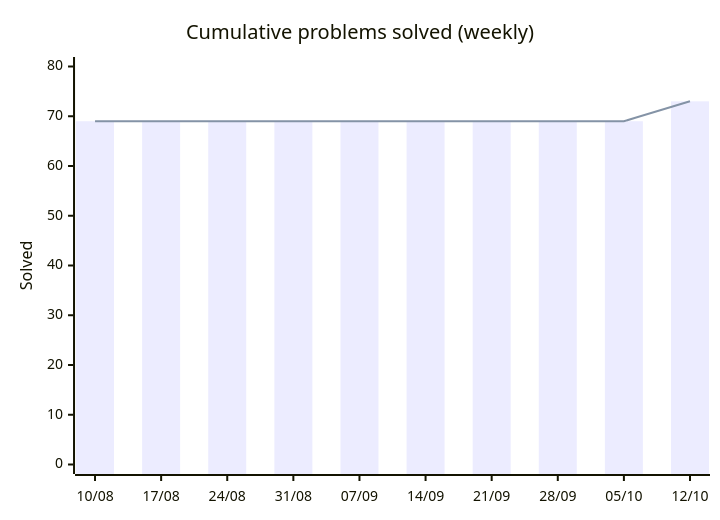
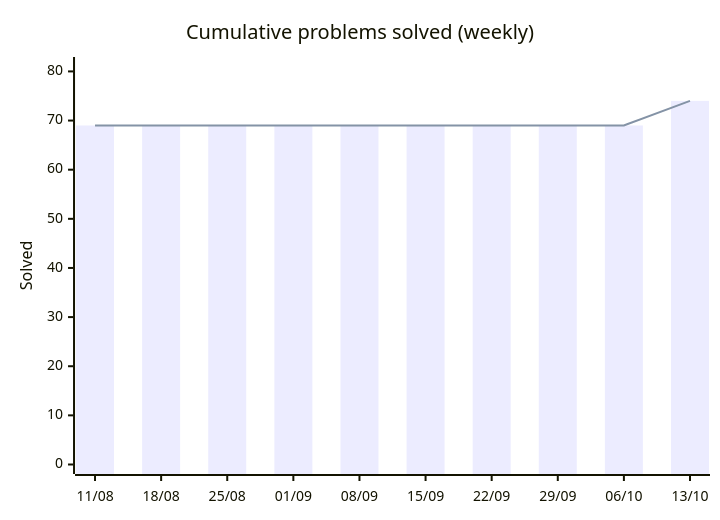
The first of 2 diagrams in README.md (HarryTrn/TensorTonic-Solutions), drawn with Mermaid before and after one commit. The commit also changed other lines of this file, not shown here.

````diff
--- a/README.md
+++ b/README.md
@@ -65,8 +65,8 @@
 ```mermaid
 xychart-beta
     title "Cumulative problems solved (weekly)"
-    x-axis ["10/08", "17/08", "24/08", "31/08", "07/09", "14/09", "21/09", "28/09", "05/10", "12/10"]
-    y-axis "Solved" 0 --> 80
-    bar [69, 69, 69, 69, 69, 69, 69, 69, 69, 73]
-    line [69, 69, 69, 69, 69, 69, 69, 69, 69, 73]
+    x-axis ["11/08", "18/08", "25/08", "01/09", "08/09", "15/09", "22/09", "29/09", "06/10", "13/10"]
+    y-axis "Solved" 0 --> 81
+    bar [69, 69, 69, 69, 69, 69, 69, 69, 69, 74]
+    line [69, 69, 69, 69, 69, 69, 69, 69, 69, 74]
 ```
````
